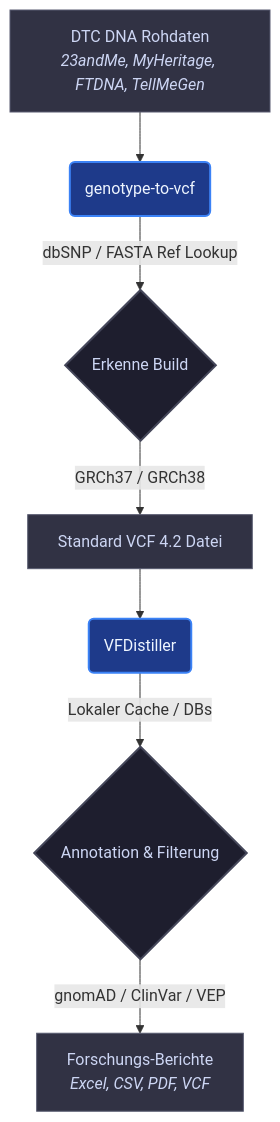
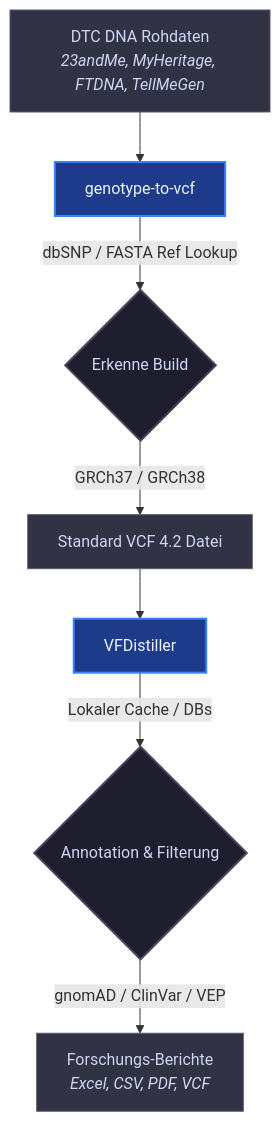
The diagram in profile/README_de.md (biotec-line/.github), drawn with Mermaid before and after one commit. The commit also changed other lines of this file and 5 other files, not shown here.

````diff
--- a/profile/README_de.md
+++ b/profile/README_de.md
@@ -42,17 +43,17 @@
 ```mermaid
 graph TD
-    Input[DTC DNA Rohdaten<br/><i>23andMe, MyHeritage, FTDNA, TellMeGen</i>] --> G2V(genotype-to-vcf)
+    Input["DTC DNA Rohdaten<br/><i>23andMe, MyHeritage, FTDNA, TellMeGen</i>"] --> G2V["genotype-to-vcf"]
     
-    G2V -->|dbSNP / FASTA Ref Lookup| BuildDetect{Erkenne Build}
-    BuildDetect -->|GRCh37 / GRCh38| OutVCF[Standard VCF 4.2 Datei]
+    G2V -->|"dbSNP / FASTA Ref Lookup"| BuildDetect{"Erkenne Build"}
+    BuildDetect -->|"GRCh37 / GRCh38"| OutVCF["Standard VCF 4.2 Datei"]
     
-    OutVCF --> VFD(VFDistiller)
-    VFD -->|Lokaler Cache / DBs| Annotate{Annotation & Filterung}
-    Annotate -->|gnomAD / ClinVar / VEP| Reports[Forschungs-Berichte<br/><i>Excel, CSV, PDF, VCF</i>]
+    OutVCF --> VFD["VFDistiller"]
+    VFD -->|"Lokaler Cache / DBs"| Annotate{"Annotation & Filterung"}
+    Annotate -->|"gnomAD / ClinVar / VEP"| Reports["Forschungs-Berichte<br/><i>Excel, CSV, PDF, VCF</i>"]
     
     classDef default fill:#1e1e2e,stroke:#45475a,stroke-width:2px,color:#cdd6f4;
     classDef tool fill:#1e3a8a,stroke:#3b82f6,stroke-width:2px,color:#eff6ff;
     classDef data fill:#313244,stroke:#585b70,stroke-width:1px,color:#cdd6f4;
     class G2V,VFD tool;
     class Input,OutVCF,Reports data;
 ```
````
